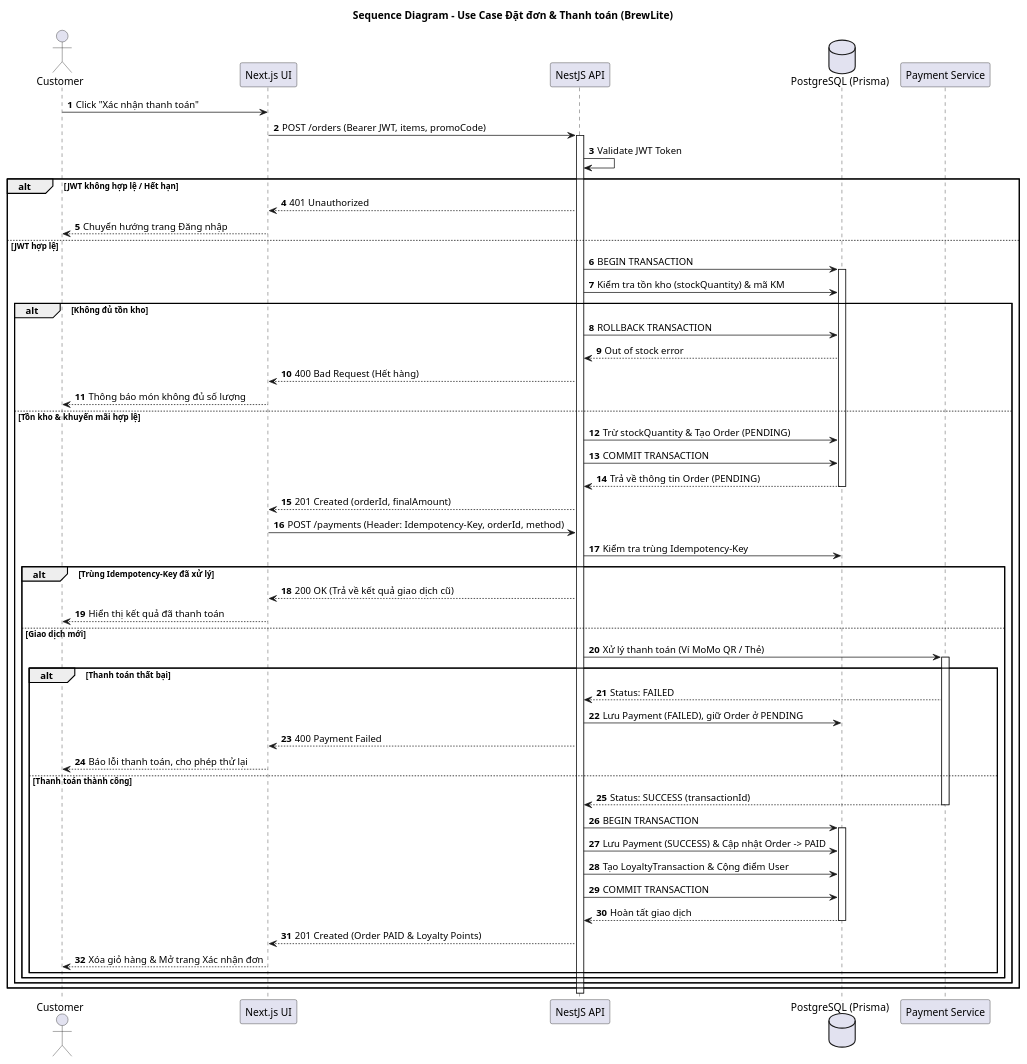
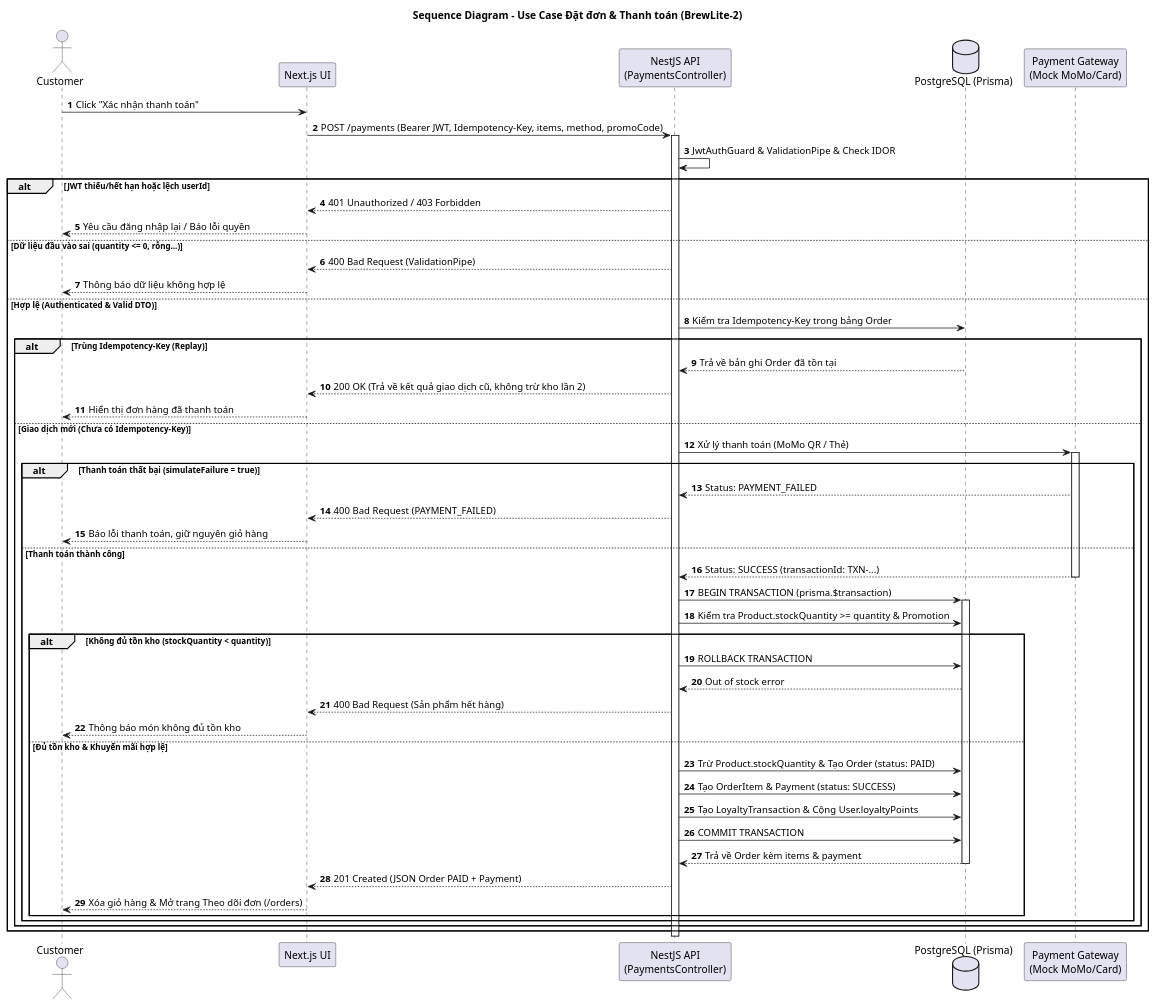
Before and after one commit to DjCurse/BrewLite-2: the diagram in docs/diagrams/sequence-checkout.puml, drawn with PlantUML. The commit also changed 3 other files, not shown here.

Commit message:
Sửa diagram

```diff
--- a/docs/diagrams/sequence-checkout.puml
+++ b/docs/diagrams/sequence-checkout.puml
@@ -1,66 +1,61 @@
 @startuml sequence-checkout
-title Sequence Diagram - Use Case Đặt đơn & Thanh toán (BrewLite)
+title Sequence Diagram - Use Case Đặt đơn & Thanh toán (BrewLite-2)
 skinparam backgroundColor white
 actor Customer
 participant "Next.js UI" as UI
-participant "NestJS API" as API
+participant "NestJS API\n(PaymentsController)" as API
 database "PostgreSQL (Prisma)" as DB
-participant "Payment Service" as Payment
+participant "Payment Gateway\n(Mock MoMo/Card)" as Payment
 
 autonumber
 
 Customer -> UI: Click "Xác nhận thanh toán"
-UI -> API: POST /orders (Bearer JWT, items, promoCode)
+UI -> API: POST /payments (Bearer JWT, Idempotency-Key, items, method, promoCode)
 
 activate API
-API -> API: Validate JWT Token
-alt JWT không hợp lệ / Hết hạn
-    API --> UI: 401 Unauthorized
-    UI --> Customer: Chuyển hướng trang Đăng nhập
-else JWT hợp lệ
-    API -> DB: BEGIN TRANSACTION
-    activate DB
-    API -> DB: Kiểm tra tồn kho (stockQuantity) & mã KM
-    alt Không đủ tồn kho
-        API -> DB: ROLLBACK TRANSACTION
-        DB --> API: Out of stock error
-        API --> UI: 400 Bad Request (Hết hàng)
-        UI --> Customer: Thông báo món không đủ số lượng
-    else Tồn kho & khuyến mãi hợp lệ
-        API -> DB: Trừ stockQuantity & Tạo Order (PENDING)
-        API -> DB: COMMIT TRANSACTION
-        DB --> API: Trả về thông tin Order (PENDING)
-        deactivate DB
-        API --> UI: 201 Created (orderId, finalAmount)
-
-        UI -> API: POST /payments (Header: Idempotency-Key, orderId, method)
-        API -> DB: Kiểm tra trùng Idempotency-Key
-        alt Trùng Idempotency-Key đã xử lý
-            API --> UI: 200 OK (Trả về kết quả giao dịch cũ)
-            UI --> Customer: Hiển thị kết quả đã thanh toán
-        else Giao dịch mới
-            API -> Payment: Xử lý thanh toán (Ví MoMo QR / Thẻ)
-            activate Payment
-            alt Thanh toán thất bại
-                Payment --> API: Status: FAILED
-                API -> DB: Lưu Payment (FAILED), giữ Order ở PENDING
-                API --> UI: 400 Payment Failed
-                UI --> Customer: Báo lỗi thanh toán, cho phép thử lại
-            else Thanh toán thành công
-                Payment --> API: Status: SUCCESS (transactionId)
-                deactivate Payment
-                API -> DB: BEGIN TRANSACTION
-                activate DB
-                API -> DB: Lưu Payment (SUCCESS) & Cập nhật Order -> PAID
-                API -> DB: Tạo LoyaltyTransaction & Cộng điểm User
+API -> API: JwtAuthGuard & ValidationPipe & Check IDOR
+alt JWT thiếu/hết hạn hoặc lệch userId
+    API --> UI: 401 Unauthorized / 403 Forbidden
+    UI --> Customer: Yêu cầu đăng nhập lại / Báo lỗi quyền
+else Dữ liệu đầu vào sai (quantity <= 0, rỗng...)
+    API --> UI: 400 Bad Request (ValidationPipe)
+    UI --> Customer: Thông báo dữ liệu không hợp lệ
+else Hợp lệ (Authenticated & Valid DTO)
+    API -> DB: Kiểm tra Idempotency-Key trong bảng Order
+    alt Trùng Idempotency-Key (Replay)
+        DB --> API: Trả về bản ghi Order đã tồn tại
+        API --> UI: 200 OK (Trả về kết quả giao dịch cũ, không trừ kho lần 2)
+        UI --> Customer: Hiển thị đơn hàng đã thanh toán
+    else Giao dịch mới (Chưa có Idempotency-Key)
+        API -> Payment: Xử lý thanh toán (MoMo QR / Thẻ)
+        activate Payment
+        alt Thanh toán thất bại (simulateFailure = true)
+            Payment --> API: Status: PAYMENT_FAILED
+            API --> UI: 400 Bad Request (PAYMENT_FAILED)
+            UI --> Customer: Báo lỗi thanh toán, giữ nguyên giỏ hàng
+        else Thanh toán thành công
+            Payment --> API: Status: SUCCESS (transactionId: TXN-...)
+            deactivate Payment
+            API -> DB: BEGIN TRANSACTION (prisma.$transaction)
+            activate DB
+            API -> DB: Kiểm tra Product.stockQuantity >= quantity & Promotion
+            alt Không đủ tồn kho (stockQuantity < quantity)
+                API -> DB: ROLLBACK TRANSACTION
+                DB --> API: Out of stock error
+                API --> UI: 400 Bad Request (Sản phẩm hết hàng)
+                UI --> Customer: Thông báo món không đủ tồn kho
+            else Đủ tồn kho & Khuyến mãi hợp lệ
+                API -> DB: Trừ Product.stockQuantity & Tạo Order (status: PAID)
+                API -> DB: Tạo OrderItem & Payment (status: SUCCESS)
+                API -> DB: Tạo LoyaltyTransaction & Cộng User.loyaltyPoints
                 API -> DB: COMMIT TRANSACTION
-                DB --> API: Hoàn tất giao dịch
+                DB --> API: Trả về Order kèm items & payment
                 deactivate DB
-                API --> UI: 201 Created (Order PAID & Loyalty Points)
-                UI --> Customer: Xóa giỏ hàng & Mở trang Xác nhận đơn
+                API --> UI: 201 Created (JSON Order PAID + Payment)
+                UI --> Customer: Xóa giỏ hàng & Mở trang Theo dõi đơn (/orders)
             end
         end
     end
 end
 deactivate API
 @enduml
```
